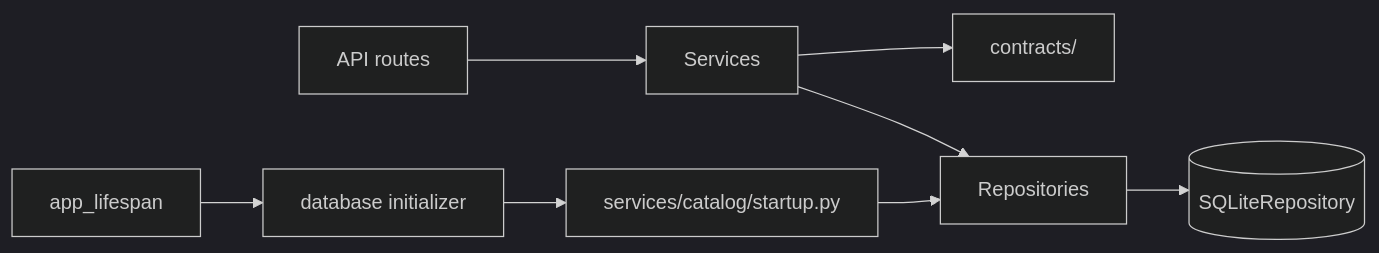
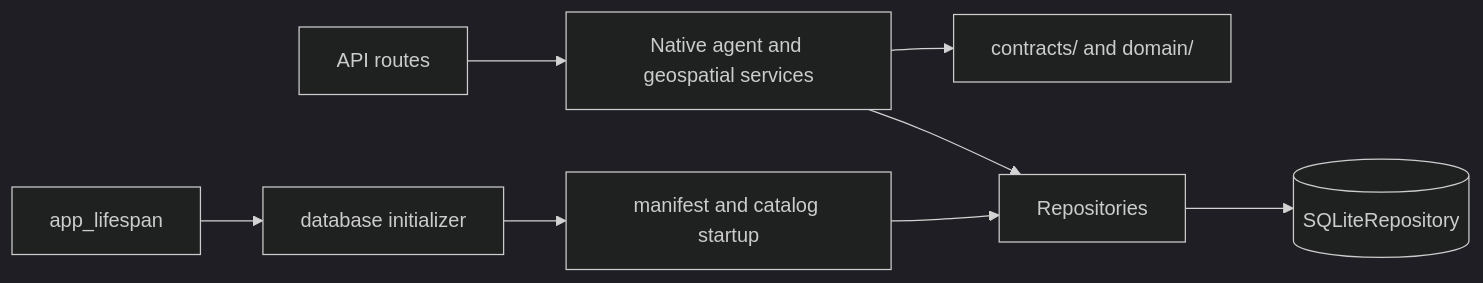
The diagram in assets/docs/architecture/execution_and_data_flow.md (CTCycle/AEGIS-Geospatial-View), drawn with Mermaid (dark theme) before and after one commit. The commit also changed other lines of this file and 264 other files, not shown here.

````diff
--- a/assets/docs/architecture/execution_and_data_flow.md
+++ b/assets/docs/architecture/execution_and_data_flow.md
@@ -48,10 +36,10 @@
 ```mermaid
 flowchart LR
-    API[API routes] --> SERVICES[Services]
-    SERVICES --> CONTRACTS[contracts/]
+    API[API routes] --> SERVICES[Native agent and geospatial services]
+    SERVICES --> CONTRACTS[contracts/ and domain/]
     SERVICES --> REPOS[Repositories]
     REPOS --> DB[(SQLiteRepository)]
     START[app_lifespan] --> INIT[database initializer]
-    INIT --> SEED[services/catalog/startup.py]
+    INIT --> SEED[manifest and catalog startup]
     SEED --> REPOS
 ```
````
